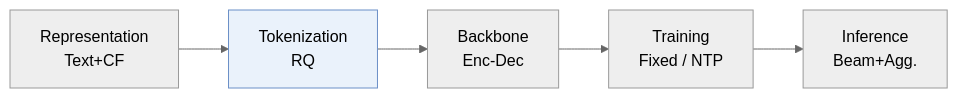
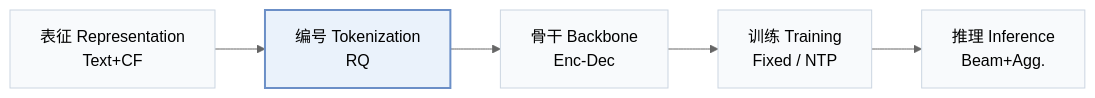
The first of 2 diagrams in pages/zh/papers/pctx.md (Galaxy-ghost/Awesome-SID-Generative-Rec), drawn with Mermaid (neutral theme) before and after one commit. The commit also changed other lines of this file and 649 other files, not shown here.

Commit message:
writer-05: also tags and modality index (schema, check, build, visuals); summary field removed; calibration data for 12 papers

````diff
--- a/pages/zh/papers/pctx.md
+++ b/pages/zh/papers/pctx.md
@@ -13,6 +15,8 @@
 ```mermaid
 flowchart LR
-    R["Representation<br/>Text+CF"] --> T["Tokenization<br/>RQ"] --> B["Backbone<br/>Enc-Dec"] --> TR["Training<br/>Fixed / NTP"] --> I["Inference<br/>Beam+Agg."]
-    classDef main fill:#eaf2fb,stroke:#6b8fc7
+    R["表征 Representation<br/>Text+CF"] --> T["编号 Tokenization<br/>RQ"] --> B["骨干 Backbone<br/>Enc-Dec"] --> TR["训练 Training<br/>Fixed / NTP"] --> I["推理 Inference<br/>Beam+Agg."]
+    classDef base fill:#f8fafc,stroke:#cbd5e1
+    class R,T,B,TR,I base
+    classDef main fill:#eaf2fb,stroke:#6b8fc7,stroke-width:2px
     class T main
 ```
````
